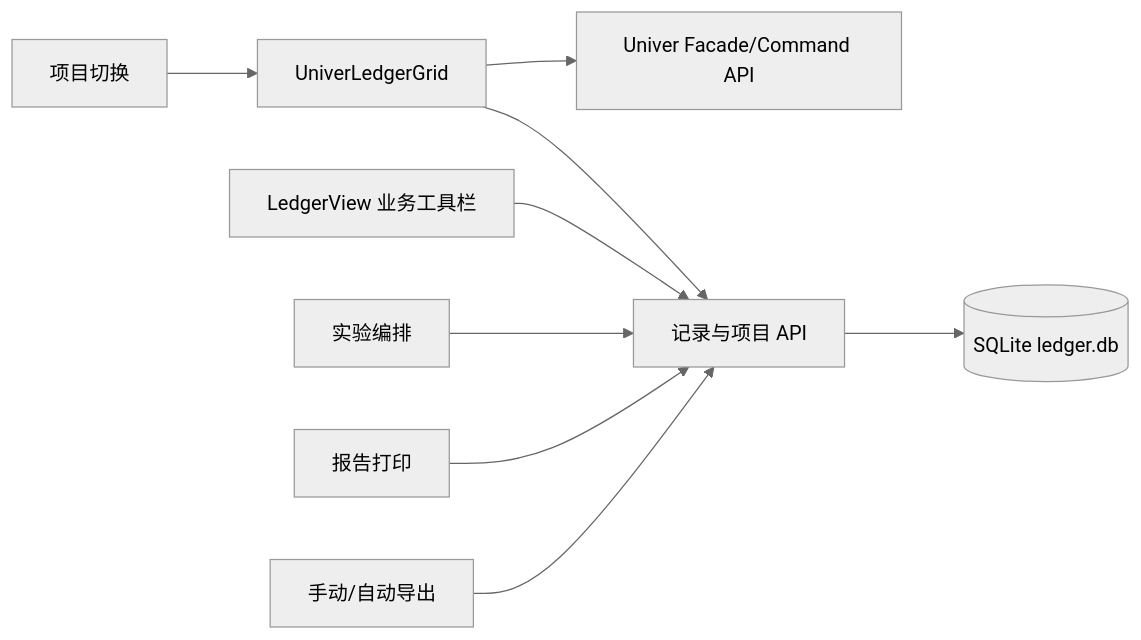
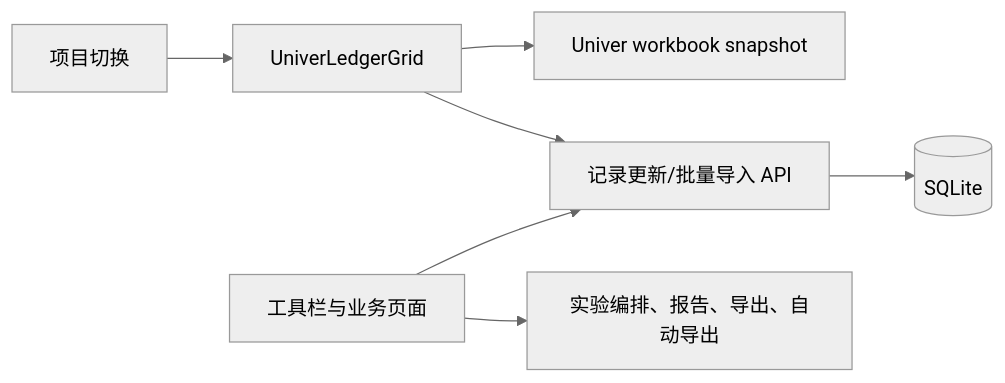
The second of 2 diagrams in docs/univer/architecture.md (omentwo/GeneLabLedger), drawn with Mermaid (neutral theme) before and after one commit. The commit also changed other lines of this file and 15 other files, not shown here.

````diff
--- a/docs/univer/architecture.md
+++ b/docs/univer/architecture.md
@@ -3,11 +18,9 @@
 ```mermaid
 flowchart LR
-  P[项目切换] --> G[UniverLedgerGrid]
-  G --> F[Univer Facade/Command API]
-  G --> A[记录与项目 API]
-  A --> DB[(SQLite ledger.db)]
-  L[LedgerView 业务工具栏] --> A
-  E[实验编排] --> A
-  R[报告打印] --> A
-  X[手动/自动导出] --> A
+  P[项目切换] --> W[UniverLedgerGrid]
+  W --> S[Univer workbook snapshot]
+  W --> R[记录更新/批量导入 API]
+  R --> DB[(SQLite)]
+  T[工具栏与业务页面] --> R
+  T --> X[实验编排、报告、导出、自动导出]
 ```
````
